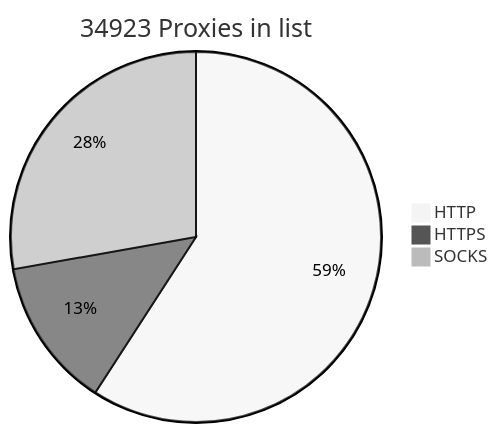
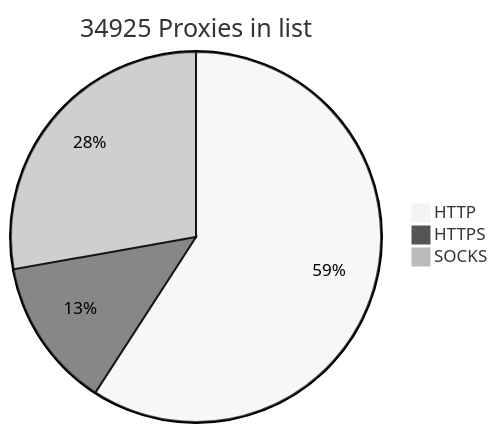
Before and after one commit to BlackSnowDot/proxylist-update-every-minute: the diagram in README.md, drawn with Mermaid (neutral theme).

````diff
--- a/README.md
+++ b/README.md
@@ -2,6 +2,6 @@
 ```mermaid
-pie title 34923 Proxies in list
+pie title 34925 Proxies in list
     "HTTP" : 22912
-    "HTTPS": 5066
+    "HTTPS": 5067
     "SOCKS" : 10764
 ```
````
